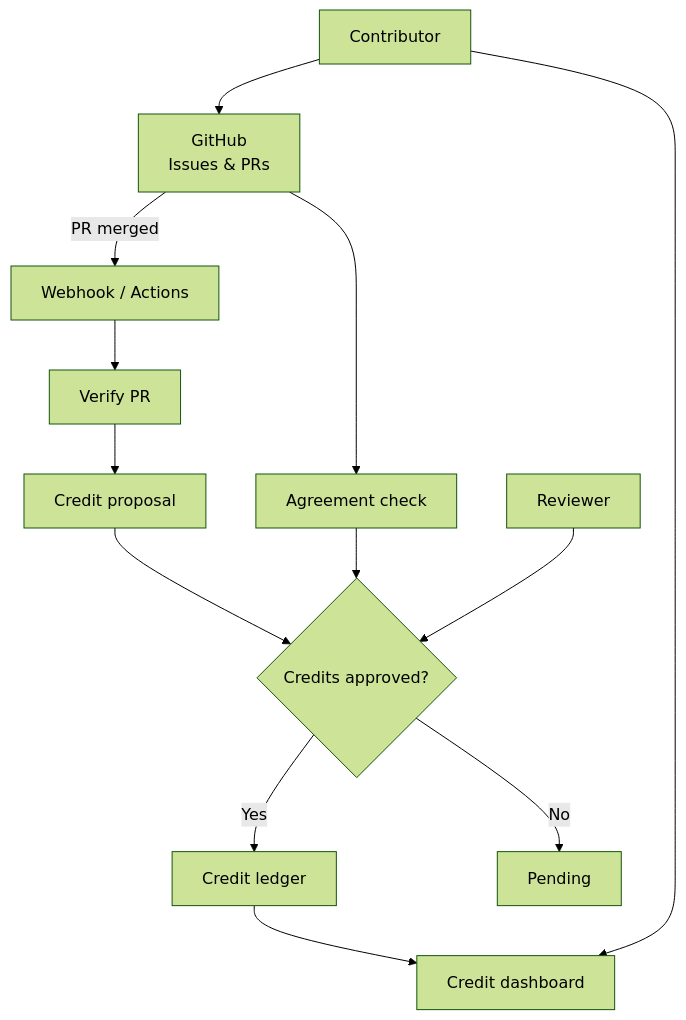
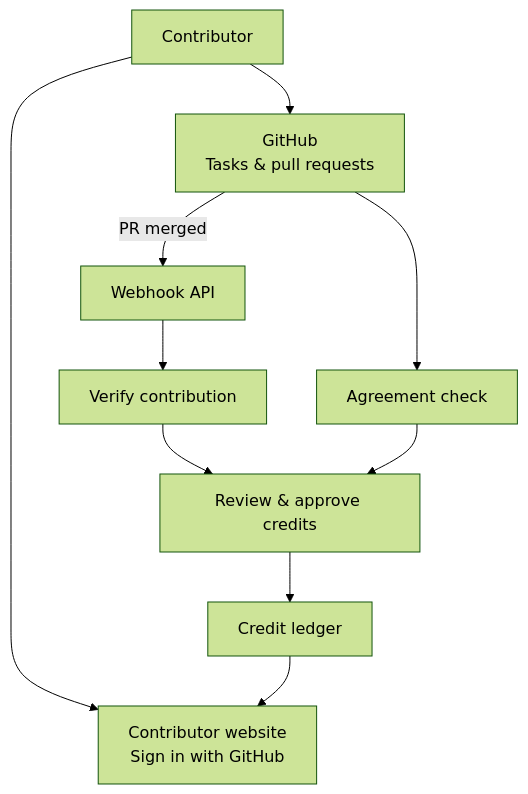
The diagram in docs/architecture.md (Community-AI-Lab/platform), drawn with Mermaid (forest theme) before and after one commit. The commit also changed other lines of this file, not shown here.

Commit message:
docs: focus architecture on website, GitHub events and credits

````diff
--- a/docs/architecture.md
+++ b/docs/architecture.md
@@ -13,15 +7,12 @@
 ```mermaid
 flowchart TD
-  Contributor["Contributor"] --> GitHub["GitHub<br/>Issues & PRs"]
+  User["Contributor"] --> GitHub["GitHub<br/>Tasks & pull requests"]
+  User --> Website["Contributor website<br/>Sign in with GitHub"]
   GitHub --> Agreement["Agreement check"]
-  GitHub -- "PR merged" --> Webhook["Webhook / Actions"]
-  Webhook --> Verify["Verify PR"]
-  Verify --> Proposal["Credit proposal"]
-  Proposal --> Approval{"Credits approved?"}
-  Agreement --> Approval
-  Reviewer["Reviewer"] --> Approval
-  Approval -- "Yes" --> Ledger["Credit ledger"]
-  Approval -- "No" --> Hold["Pending"]
-  Ledger --> Dashboard["Credit dashboard"]
-  Contributor --> Dashboard
+  GitHub -- "PR merged" --> Webhook["Webhook API"]
+  Webhook --> Verify["Verify contribution"]
+  Verify --> Approve["Review & approve credits"]
+  Agreement --> Approve
+  Approve --> Ledger["Credit ledger"]
+  Ledger --> Website
 ```
````
